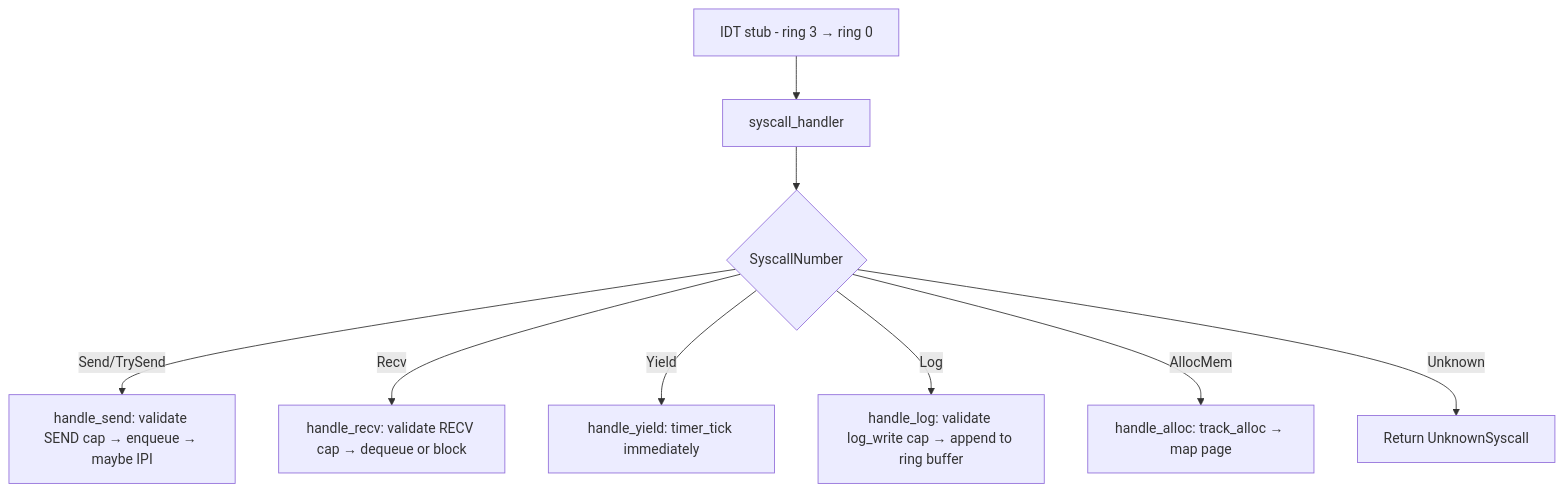
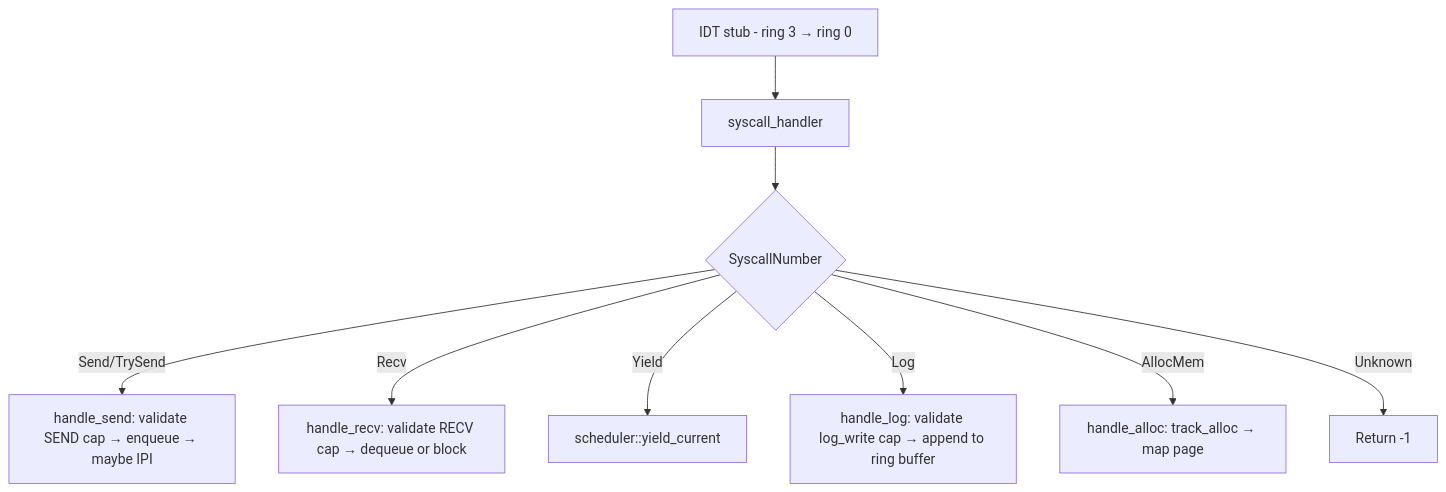
The diagram in kernel/src/syscall/CLAUDE.md (godspeedhq/godspeed-os), drawn with Mermaid before and after one commit. The commit also changed other lines of this file and 377 other files, not shown here.

````diff
--- a/kernel/src/syscall/CLAUDE.md
+++ b/kernel/src/syscall/CLAUDE.md
@@ -62,11 +64,11 @@
 ```mermaid
 flowchart TD
     IDT[IDT stub - ring 3 → ring 0] --> H[syscall_handler]
     H --> N{SyscallNumber}
     N -->|Send/TrySend| S[handle_send: validate SEND cap → enqueue → maybe IPI]
     N -->|Recv| R[handle_recv: validate RECV cap → dequeue or block]
-    N -->|Yield| Y[handle_yield: timer_tick immediately]
+    N -->|Yield| Y[scheduler::yield_current]
     N -->|Log| L[handle_log: validate log_write cap → append to ring buffer]
     N -->|AllocMem| A[handle_alloc: track_alloc → map page]
-    N -->|Unknown| E[Return UnknownSyscall]
+    N -->|Unknown| E[Return -1]
 ```
````
